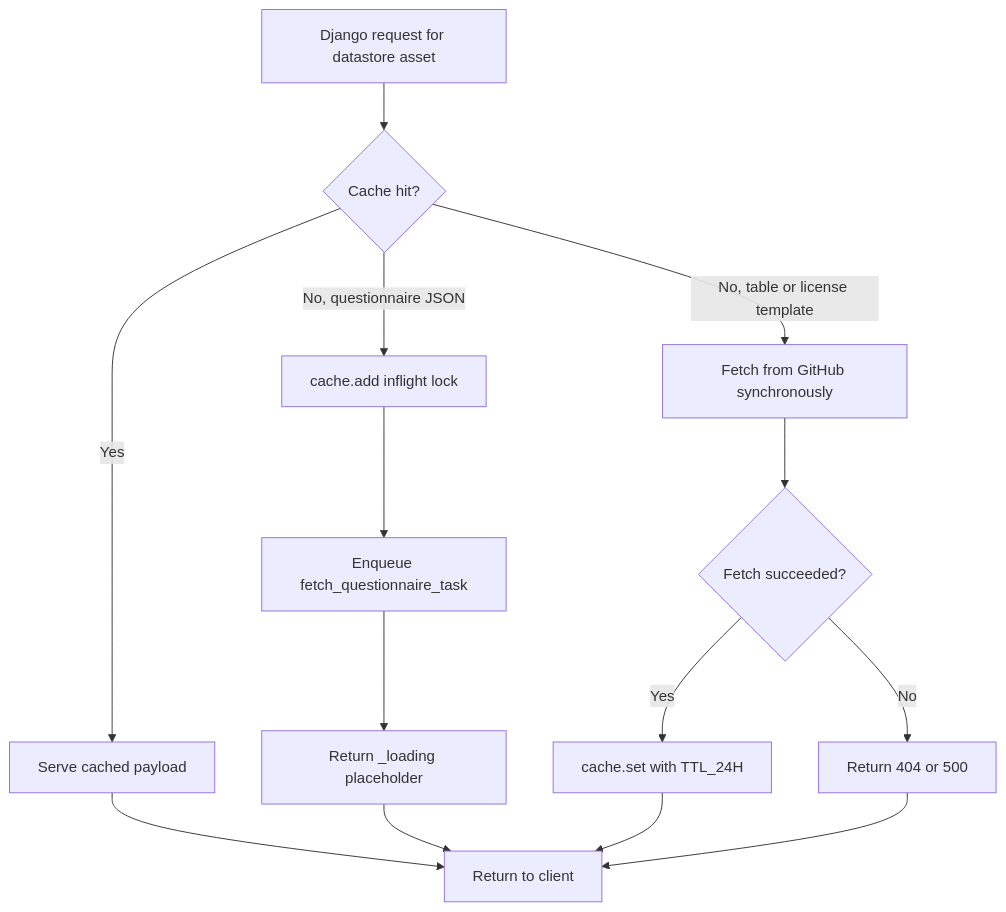
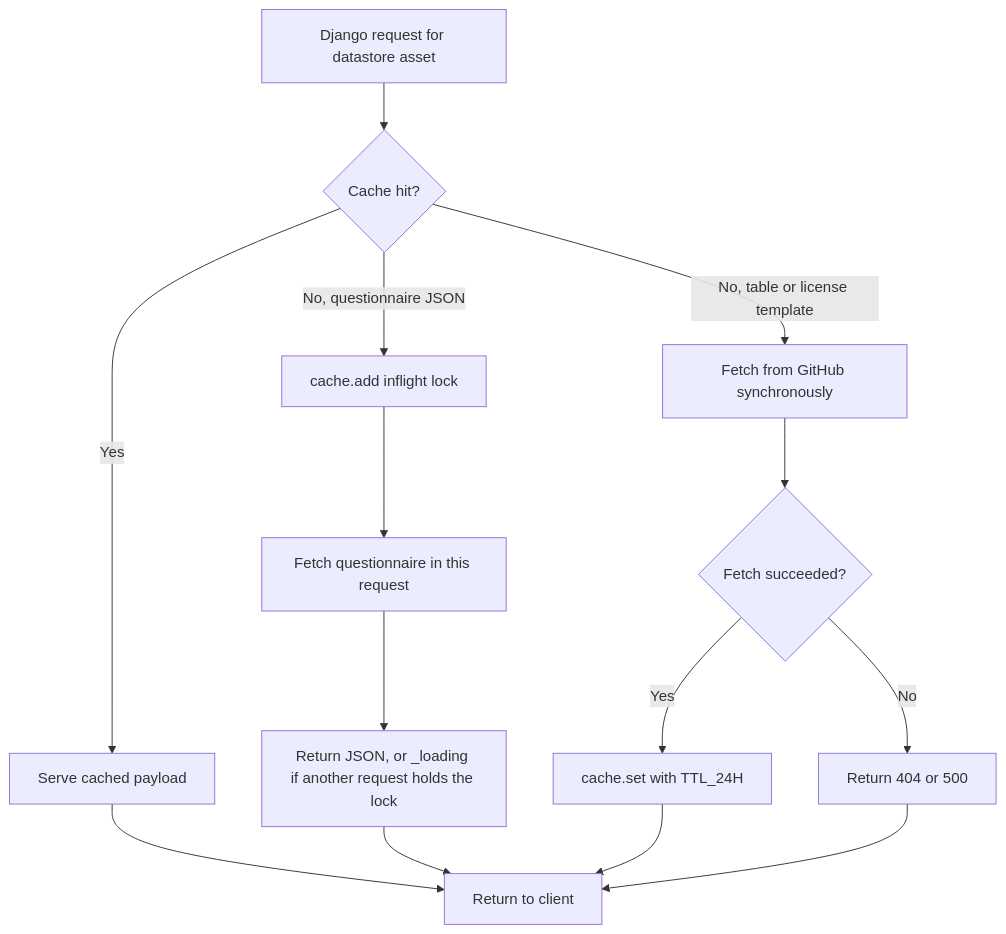
The third of 5 diagrams in docs/cache-architecture.md (ClimateSmartAgCollab/DRT_Design_Document), drawn with Mermaid before and after one commit. The commit also changed other lines of this file and 4 other files, not shown here.

````diff
--- a/docs/cache-architecture.md
+++ b/docs/cache-architecture.md
@@ -97,16 +92,16 @@
 ```mermaid
 flowchart TD
     A[Django request for datastore asset] --> B{Cache hit?}
     B -- Yes --> C[Serve cached payload]
     C --> Z[Return to client]
     B -- No, questionnaire JSON --> Q[cache.add inflight lock]
-    Q --> Qfetch[Enqueue fetch_questionnaire_task]
-    Qfetch --> Qresp[Return _loading placeholder]
+    Q --> Qfetch[Fetch questionnaire in this request]
+    Qfetch --> Qresp[Return JSON, or _loading if another request holds the lock]
     Qresp --> Z
     B -- No, table or license template --> D[Fetch from GitHub synchronously]
     D --> E{Fetch succeeded?}
     E -- Yes --> F[cache.set with TTL_24H]
     F --> Z
     E -- No --> G[Return 404 or 500]
     G --> Z
 ```
````
